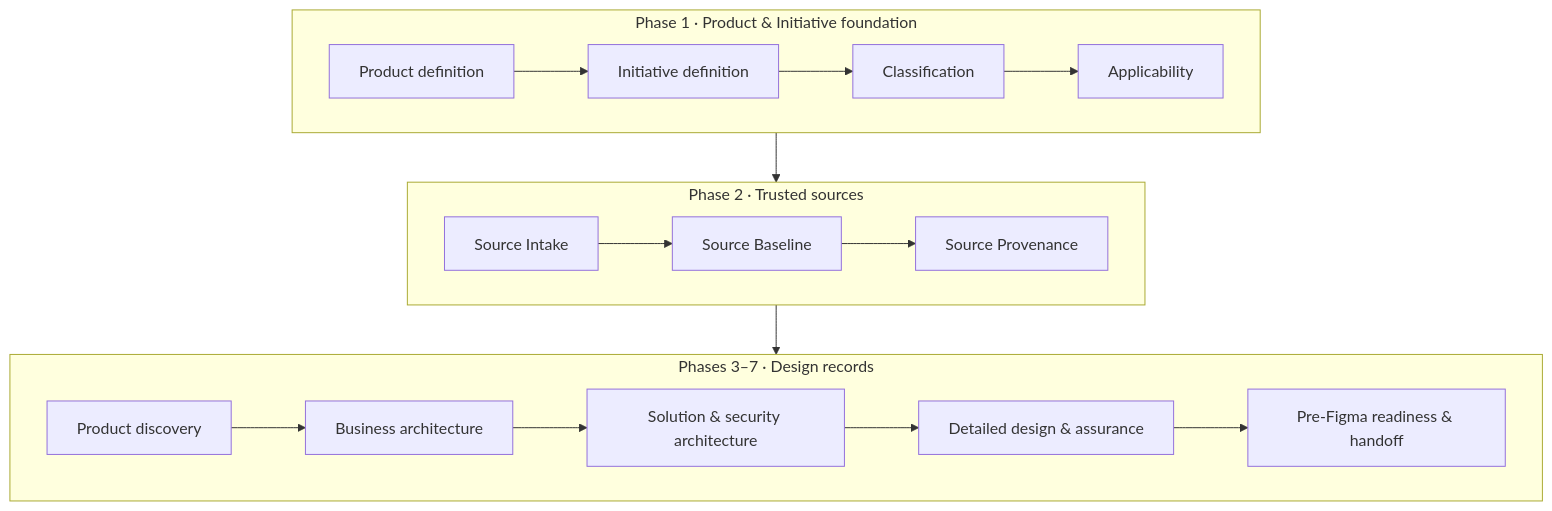
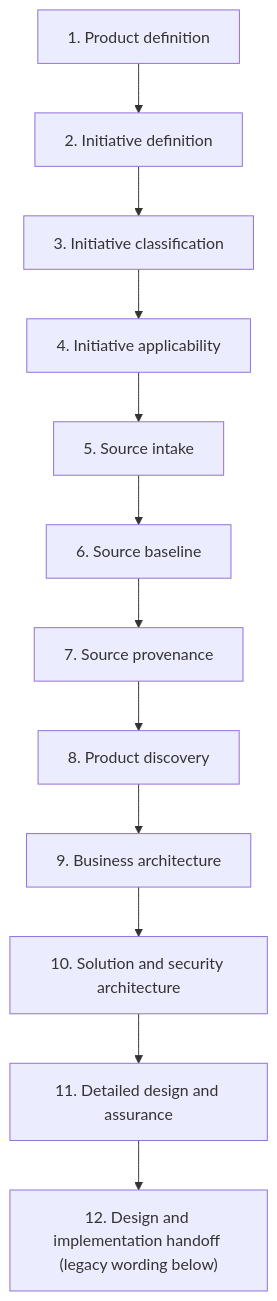
Before and after one commit to panahister/GAEP: the fourth of 9 diagrams in apps/vscode/media/GAEP_GUIDE.md, drawn with Mermaid. The commit also changed other lines of this file and 6 other files, not shown here.

````diff
--- a/apps/vscode/media/GAEP_GUIDE.md
+++ b/apps/vscode/media/GAEP_GUIDE.md
@@ -81,13 +127,17 @@
 ```mermaid
+%% Current runtime checkpoint path
 flowchart TD
-  subgraph F["Phase 1 · Product & Initiative foundation"]
-    P1["Product definition"] --> P2["Initiative definition"] --> P3["Classification"] --> P4["Applicability"]
-  end
-  subgraph SR["Phase 2 · Trusted sources"]
-    S1["Source Intake"] --> S2["Source Baseline"] --> S3["Source Provenance"]
-  end
-  subgraph D["Phases 3–7 · Design records"]
-    D1["Product discovery"] --> D2["Business architecture"] --> D3["Solution & security architecture"] --> D4["Detailed design & assurance"] --> D5["Pre‑Figma readiness & handoff"]
-  end
-  F --> SR --> D
+  r01["1. Product definition"]
+  r02["2. Initiative definition"]
+  r03["3. Initiative classification"]
+  r04["4. Initiative applicability"]
+  r05["5. Source intake"]
+  r06["6. Source baseline"]
+  r07["7. Source provenance"]
+  r08["8. Product discovery"]
+  r09["9. Business architecture"]
+  r10["10. Solution and security architecture"]
+  r11["11. Detailed design and assurance"]
+  r12["12. Design and implementation handoff (legacy wording below)"]
+  r01 --> r02 --> r03 --> r04 --> r05 --> r06 --> r07 --> r08 --> r09 --> r10 --> r11 --> r12
 ```
````
